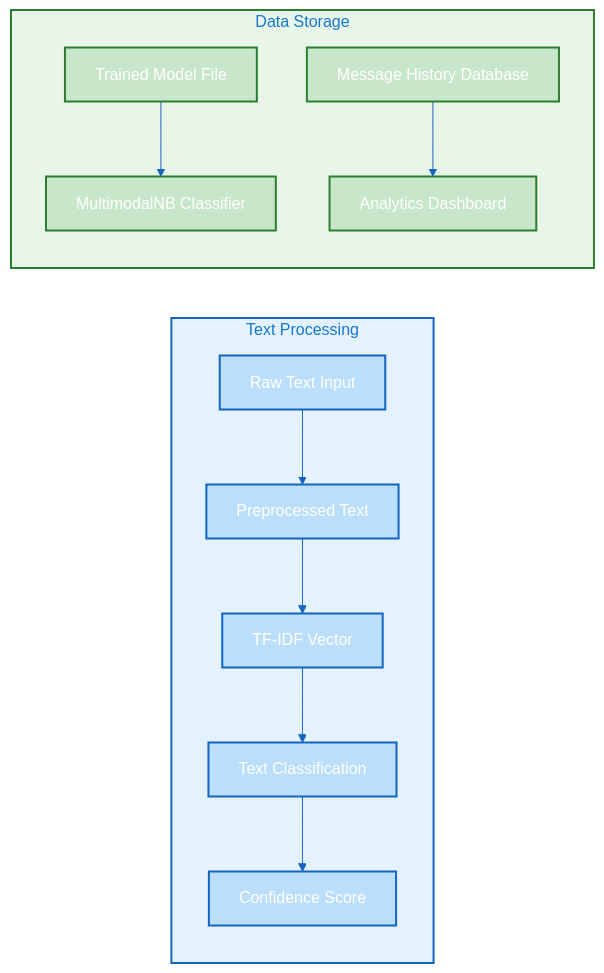
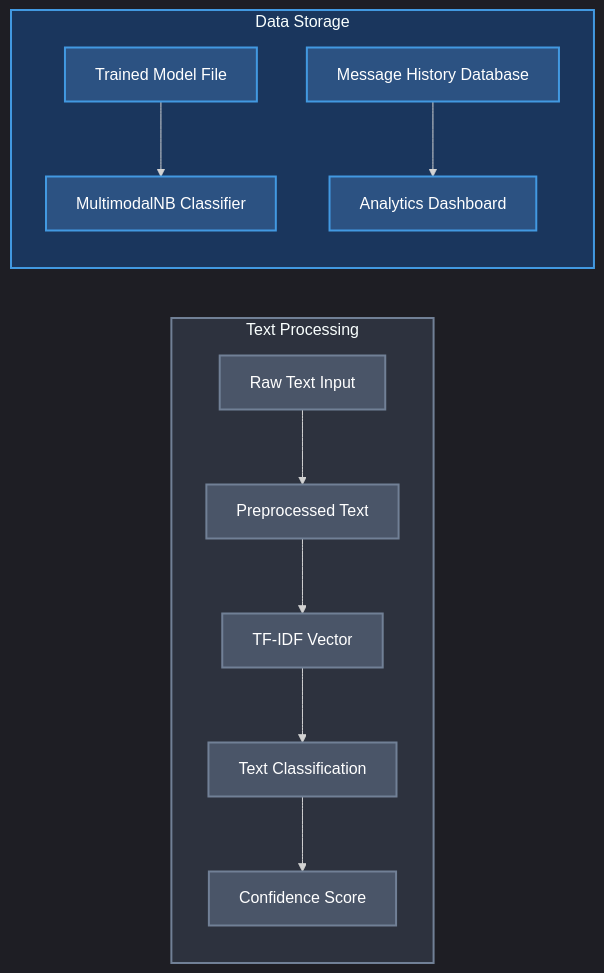
Before and after one commit to ogshivam/spambae: the second of 3 diagrams in README.md, drawn with Mermaid. The commit also changed other lines of this file, not shown here.

First line of the commit message:
style: update Mermaid diagrams with dark theme

````diff
--- a/README.md
+++ b/README.md
@@ -123,37 +123,37 @@
 ```mermaid
-%%{init: {'theme': 'base', 'themeVariables': { 'fontFamily': 'Courier New', 'fontSize': '16px', 'fontWeight': 'bold', 'primaryColor': '#1e88e5', 'primaryTextColor': '#ffffff', 'primaryBorderColor': '#1565c0', 'lineColor': '#1565c0', 'textColor': '#212121'}}}%%
+%%{init: {'theme': 'dark', 'themeVariables': { 'fontFamily': 'Courier New', 'fontSize': '16px', 'fontWeight': 'bold', 'textColor': '#fff'}}}%%
 flowchart LR
     subgraph TextProcessing[Text Processing]
-        style TextProcessing fill:#e3f2fd,stroke:#1565c0,stroke-width:2px
+        style TextProcessing fill:#2D323E,stroke:#718096,stroke-width:2px
         RawText[Raw Text Input]
         Preprocessed[Preprocessed Text]
         TFIDFVector[TF-IDF Vector]
         Classification[Text Classification]
         ConfidenceScore[Confidence Score]
-        style RawText fill:#bbdefb,stroke:#1565c0,stroke-width:2px
-        style Preprocessed fill:#bbdefb,stroke:#1565c0,stroke-width:2px
-        style TFIDFVector fill:#bbdefb,stroke:#1565c0,stroke-width:2px
-        style Classification fill:#bbdefb,stroke:#1565c0,stroke-width:2px
-        style ConfidenceScore fill:#bbdefb,stroke:#1565c0,stroke-width:2px
+        style RawText fill:#4A5568,stroke:#718096,stroke-width:2px,color:#fff
+        style Preprocessed fill:#4A5568,stroke:#718096,stroke-width:2px,color:#fff
+        style TFIDFVector fill:#4A5568,stroke:#718096,stroke-width:2px,color:#fff
+        style Classification fill:#4A5568,stroke:#718096,stroke-width:2px,color:#fff
+        style ConfidenceScore fill:#4A5568,stroke:#718096,stroke-width:2px,color:#fff
     end
 
     subgraph DataStorage[Data Storage]
-        style DataStorage fill:#e8f5e9,stroke:#2e7d32,stroke-width:2px
+        style DataStorage fill:#1A365D,stroke:#4299E1,stroke-width:2px
         ModelFile[Trained Model File]
         ClassificationModel[MultimodalNB Classifier]
         MessageHistory[Message History Database]
         AnalyticsEngine[Analytics Dashboard]
-        style ModelFile fill:#c8e6c9,stroke:#2e7d32,stroke-width:2px
-        style ClassificationModel fill:#c8e6c9,stroke:#2e7d32,stroke-width:2px
-        style MessageHistory fill:#c8e6c9,stroke:#2e7d32,stroke-width:2px
-        style AnalyticsEngine fill:#c8e6c9,stroke:#2e7d32,stroke-width:2px
+        style ModelFile fill:#2C5282,stroke:#4299E1,stroke-width:2px,color:#fff
+        style ClassificationModel fill:#2C5282,stroke:#4299E1,stroke-width:2px,color:#fff
+        style MessageHistory fill:#2C5282,stroke:#4299E1,stroke-width:2px,color:#fff
+        style AnalyticsEngine fill:#2C5282,stroke:#4299E1,stroke-width:2px,color:#fff
     end
 
     RawText --> Preprocessed
     Preprocessed --> TFIDFVector
     TFIDFVector --> Classification
     Classification --> ConfidenceScore
 
     ModelFile --> ClassificationModel
     MessageHistory --> AnalyticsEngine
 ```
````
